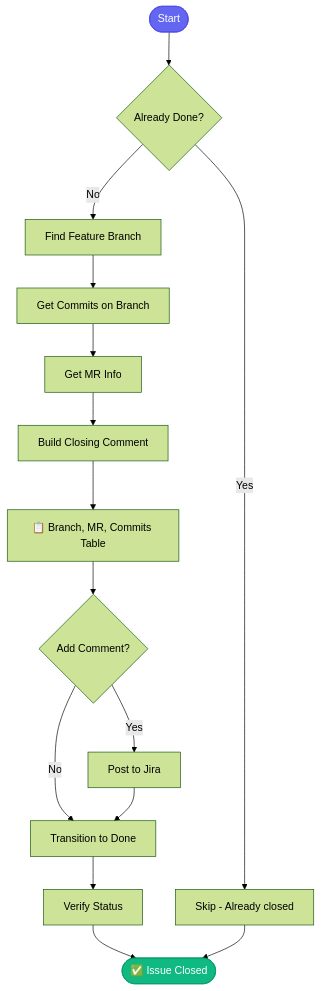
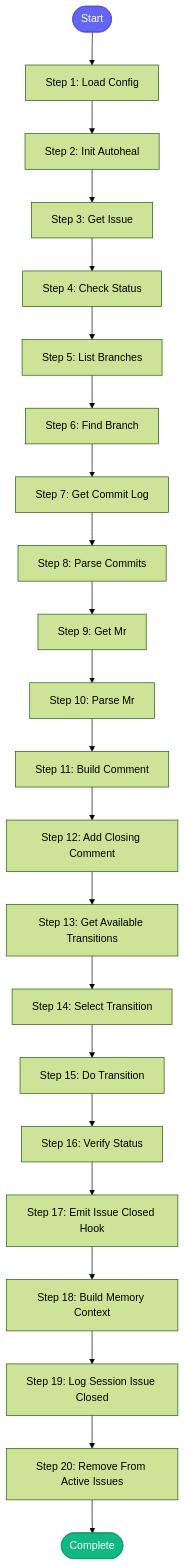
Before and after one commit to dmzoneill/redhat-ai-workflow: the diagram in docs/skills/close_issue.md, drawn with Mermaid (forest theme). The commit also changed other lines of this file and 49 other files, not shown here.

````diff
--- a/docs/skills/close_issue.md
+++ b/docs/skills/close_issue.md
@@ -25,25 +30,48 @@
 ```mermaid
 flowchart TD
-    START([Start]) --> CHECK{Already Done?}
-
-    CHECK -->|Yes| SKIP[Skip - Already closed]
-    CHECK -->|No| BRANCH[Find Feature Branch]
-
-    BRANCH --> COMMITS[Get Commits on Branch]
-    COMMITS --> MR[Get MR Info]
-    MR --> COMMENT[Build Closing Comment]
-
-    COMMENT --> TABLE["📋 Branch, MR, Commits Table"]
-    TABLE --> ADD{Add Comment?}
-
-    ADD -->|Yes| POST[Post to Jira]
-    ADD -->|No| TRANSITION
-    POST --> TRANSITION
-
-    TRANSITION[Transition to Done] --> VERIFY[Verify Status]
-    VERIFY --> DONE([✅ Issue Closed])
-    SKIP --> DONE
+    START([Start])
+    STEP1[Step 1: Load Config]
+    START --> STEP1
+    STEP2[Step 2: Init Autoheal]
+    STEP1 --> STEP2
+    STEP3[Step 3: Get Issue]
+    STEP2 --> STEP3
+    STEP4[Step 4: Check Status]
+    STEP3 --> STEP4
+    STEP5[Step 5: List Branches]
+    STEP4 --> STEP5
+    STEP6[Step 6: Find Branch]
+    STEP5 --> STEP6
+    STEP7[Step 7: Get Commit Log]
+    STEP6 --> STEP7
+    STEP8[Step 8: Parse Commits]
+    STEP7 --> STEP8
+    STEP9[Step 9: Get Mr]
+    STEP8 --> STEP9
+    STEP10[Step 10: Parse Mr]
+    STEP9 --> STEP10
+    STEP11[Step 11: Build Comment]
+    STEP10 --> STEP11
+    STEP12[Step 12: Add Closing Comment]
+    STEP11 --> STEP12
+    STEP13[Step 13: Get Available Transitions]
+    STEP12 --> STEP13
+    STEP14[Step 14: Select Transition]
+    STEP13 --> STEP14
+    STEP15[Step 15: Do Transition]
+    STEP14 --> STEP15
+    STEP16[Step 16: Verify Status]
+    STEP15 --> STEP16
+    STEP17[Step 17: Emit Issue Closed Hook]
+    STEP16 --> STEP17
+    STEP18[Step 18: Build Memory Context]
+    STEP17 --> STEP18
+    STEP19[Step 19: Log Session Issue Closed]
+    STEP18 --> STEP19
+    STEP20[Step 20: Remove From Active Issues]
+    STEP19 --> STEP20
+    STEP20 --> DONE([Complete])
 
     style START fill:#6366f1,stroke:#4f46e5,color:#fff
     style DONE fill:#10b981,stroke:#059669,color:#fff
 ```
````
